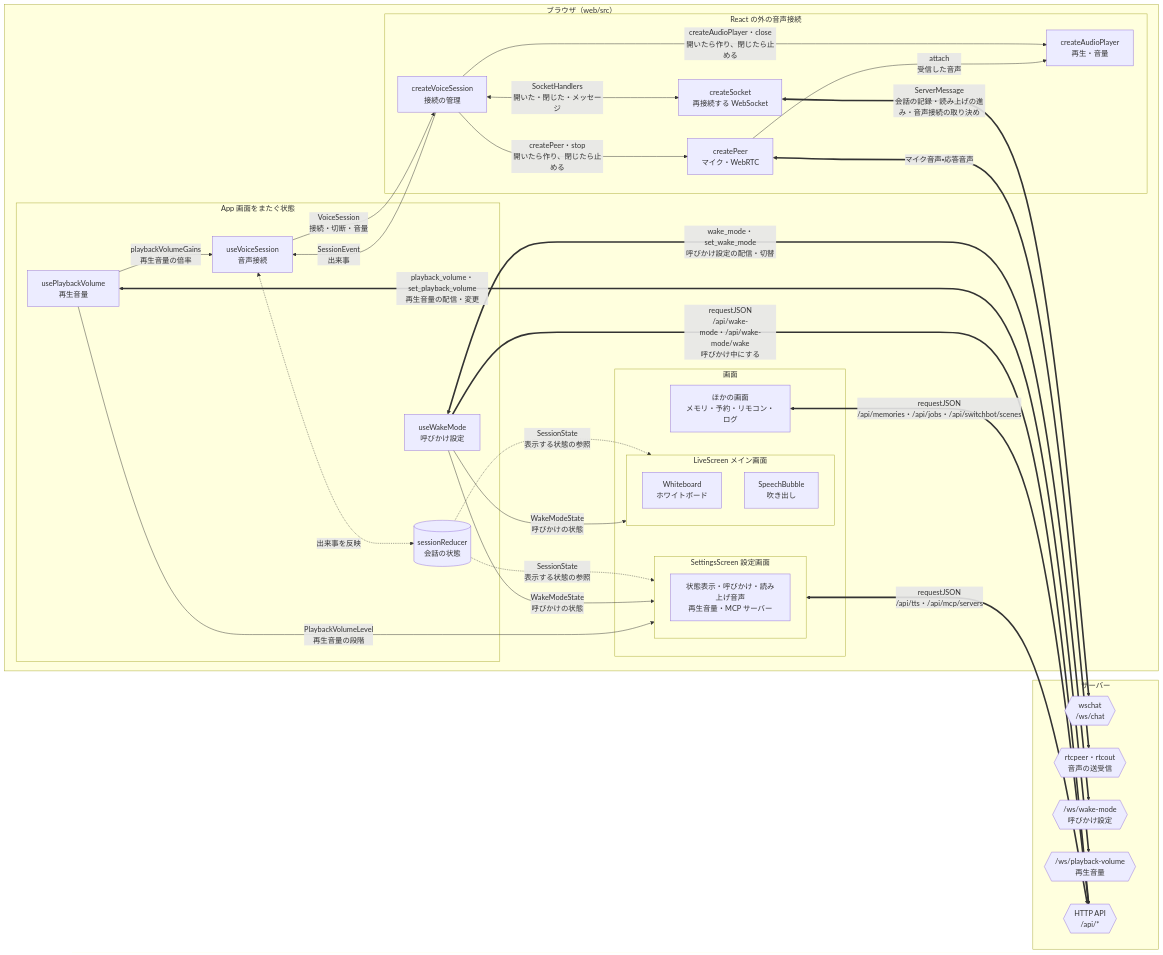
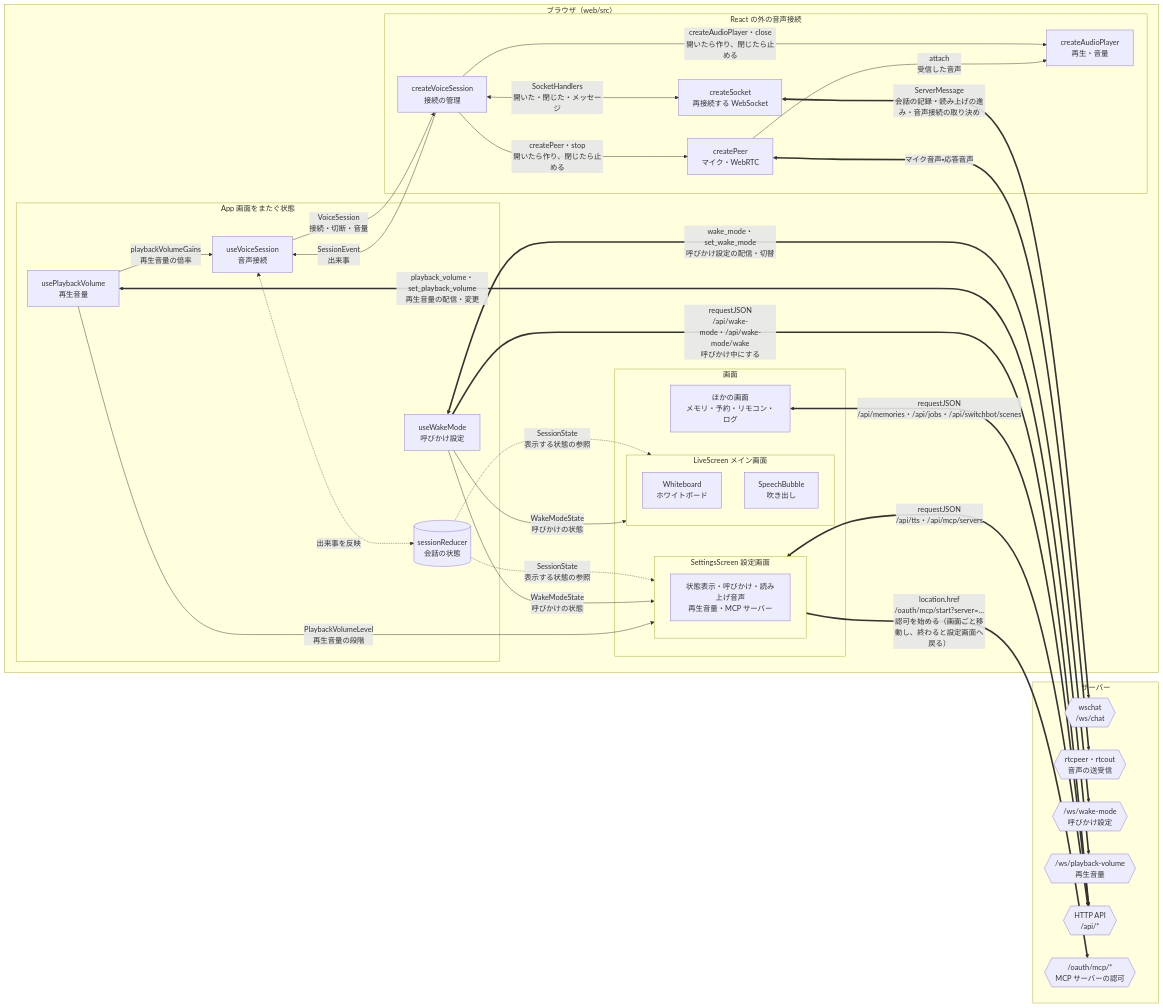
Before and after one commit to tetetratra/smart-speaker: the fifth of 5 diagrams in README.md, drawn with Mermaid. The commit also changed other lines of this file, not shown here.

First line of the commit message:
README の図に MCP を載せる

````diff
--- a/README.md
+++ b/README.md
@@ -235,55 +269,57 @@
 ```mermaid
 flowchart LR
     subgraph web["ブラウザ（web/src）"]
         subgraph app["App 画面をまたぐ状態"]
             voice["useVoiceSession<br/>音声接続"]
             wake["useWakeMode<br/>呼びかけ設定"]
             volume["usePlaybackVolume<br/>再生音量"]
             state[("sessionReducer<br/>会話の状態")]
         end
         subgraph io["React の外の音声接続"]
             session["createVoiceSession<br/>接続の管理"]
             socket["createSocket<br/>再接続する WebSocket"]
             peer["createPeer<br/>マイク・WebRTC"]
             player["createAudioPlayer<br/>再生・音量"]
         end
         subgraph screens["画面"]
             subgraph live["LiveScreen メイン画面"]
                 whiteboard["Whiteboard<br/>ホワイトボード"]
                 bubble["SpeechBubble<br/>吹き出し"]
             end
             subgraph settings["SettingsScreen 設定画面"]
                 parts["状態表示・呼びかけ・読み上げ音声<br/>再生音量・MCP サーバー"]
             end
             pages["ほかの画面<br/>メモリ・予約・リモコン・ログ"]
         end
     end
 
     subgraph server["サーバー"]
         chat{{"wschat<br/>/ws/chat"}}
         rtc{{"rtcpeer・rtcout<br/>音声の送受信"}}
         wsWake{{"/ws/wake-mode<br/>呼びかけ設定"}}
         wsVolume{{"/ws/playback-volume<br/>再生音量"}}
         httpAPI{{"HTTP API<br/>/api/*"}}
+        oauthMCP{{"/oauth/mcp/*<br/>MCP サーバーの認可"}}
     end
 
     voice -->|"VoiceSession<br/>接続・切断・音量"| session
     session -->|"SessionEvent<br/>出来事"| voice
     session -->|"createPeer・stop<br/>開いたら作り、閉じたら止める"| peer
     session -->|"createAudioPlayer・close<br/>開いたら作り、閉じたら止める"| player
     session <-->|"SocketHandlers<br/>開いた・閉じた・メッセージ"| socket
     peer -->|"attach<br/>受信した音声"| player
     voice <-.->|"出来事を反映"| state
     state -.->|"SessionState<br/>表示する状態の参照"| live & settings
     wake -->|"WakeModeState<br/>呼びかけの状態"| live & settings
     volume -->|"PlaybackVolumeLevel<br/>再生音量の段階"| settings
     volume -->|"playbackVolumeGains<br/>再生音量の倍率"| voice
 
     socket <==>|"ServerMessage<br/>会話の記録・読み上げの進み・音声接続の取り決め"| chat
     peer <==>|"マイク音声・応答音声"| rtc
     wake <==>|"wake_mode・set_wake_mode<br/>呼びかけ設定の配信・切替"| wsWake
     wake ==>|"requestJSON<br/>/api/wake-mode・/api/wake-mode/wake<br/>呼びかけ中にする"| httpAPI
     volume <==>|"playback_volume・set_playback_volume<br/>再生音量の配信・変更"| wsVolume
     settings <==>|"requestJSON<br/>/api/tts・/api/mcp/servers"| httpAPI
+    settings ==>|"location.href<br/>/oauth/mcp/start?server=…<br/>認可を始める（画面ごと移動し、終わると設定画面へ戻る）"| oauthMCP
     pages <==>|"requestJSON<br/>/api/memories・/api/jobs・/api/switchbot/scenes"| httpAPI
 ```
````
